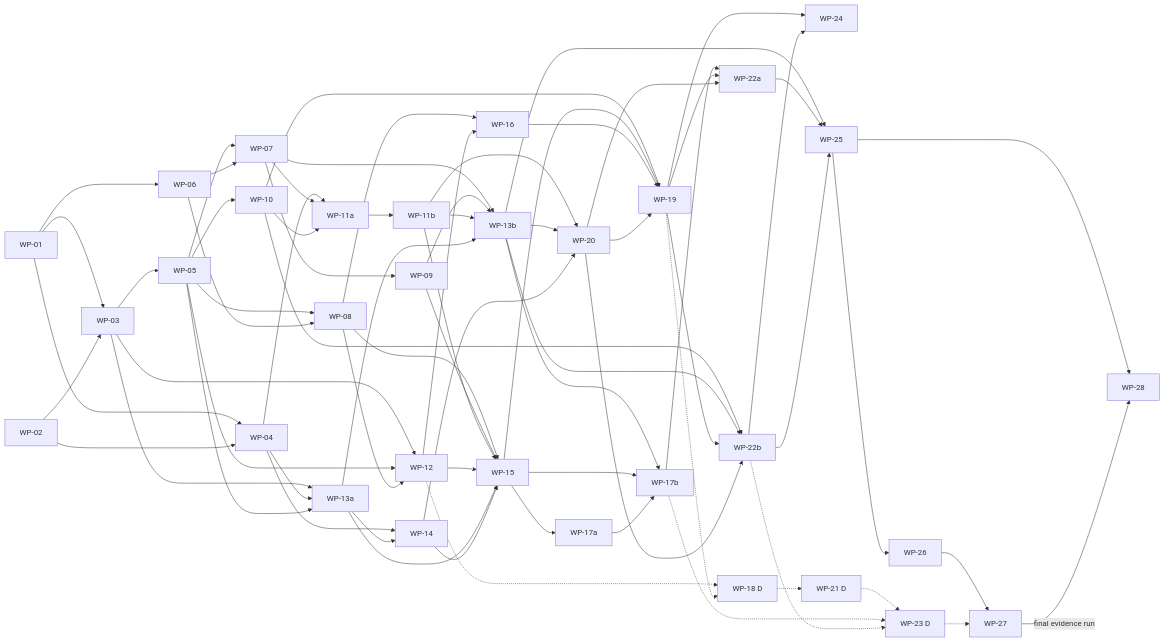
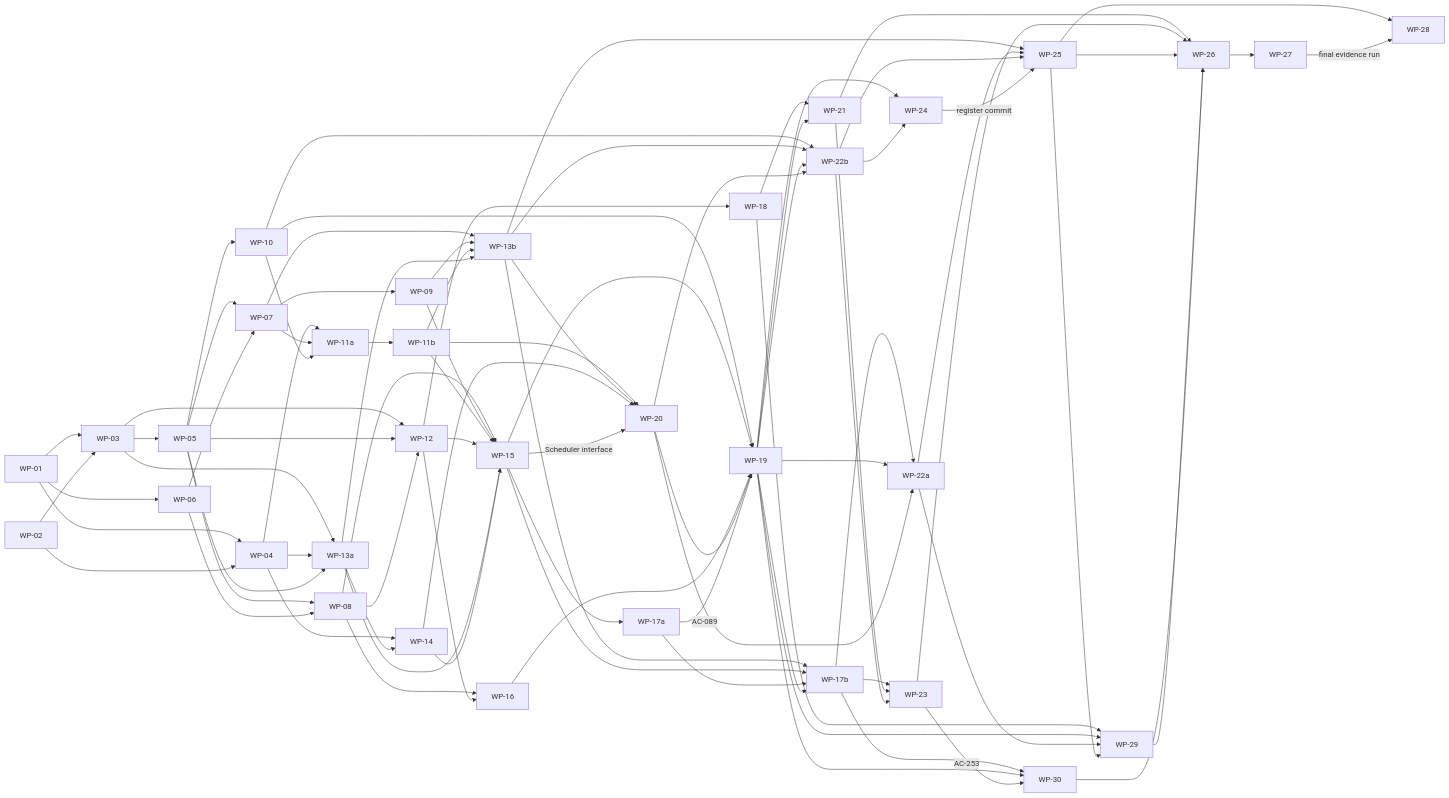
Before and after one commit to madmax983/ghidorah: the eighth of 8 diagrams in docs/design.md, drawn with Mermaid. The commit also changed other lines of this file and 13 other files, not shown here.

````diff
--- a/docs/design.md
+++ b/docs/design.md
@@ -2543,9 +2753,12 @@
   W05 --> W12
   W08 --> W12
   W11a --> W11b[WP-11b]
+  W12 --> W18[WP-18]
   W03 --> W13a[WP-13a]
   W04 --> W13a
   W05 --> W13a
+  W08 --> W16[WP-16]
+  W12 --> W16
   W07 --> W13b[WP-13b]
   W09 --> W13b
   W11b --> W13b
@@ -2558,19 +2771,22 @@
   W12 --> W15
   W13a --> W15
   W14 --> W15
-  W08 --> W16[WP-16]
-  W12 --> W16
-  W15 --> W17a[WP-17a]
   W11b --> W20[WP-20]
   W13b --> W20
   W14 --> W20
-  W13b --> W17b[WP-17b]
-  W15 --> W17b
-  W17a --> W17b
+  W15 -->|Scheduler interface| W20
+  W15 --> W17a[WP-17a]
   W10 --> W19[WP-19]
   W15 --> W19
   W16 --> W19
   W20 --> W19
+  W17a -->|AC-089| W19
+  W13b --> W17b[WP-17b]
+  W15 --> W17b
+  W17a --> W17b
+  W19 --> W17b
+  W18 --> W21[WP-21]
+  W19 --> W21
   W17b --> W22a[WP-22a]
   W19 --> W22a
   W20 --> W22a
@@ -2583,15 +2799,23 @@
   W13b --> W25[WP-25]
   W22a --> W25
   W22b --> W25
-  W25 --> W26[WP-26]
+  W24 -->|register commit| W25
+  W17b --> W23[WP-23]
+  W21 --> W23
+  W22b --> W23
+  W17b --> W30[WP-30]
+  W19 --> W30
+  W23 -->|AC-253| W30
+  W18 --> W29[WP-29]
+  W19 --> W29
+  W22a --> W29
+  W25 --> W29
+  W21 --> W26[WP-26]
+  W23 --> W26
+  W25 --> W26
+  W29 --> W26
+  W30 --> W26
   W25 --> W28[WP-28]
   W26 --> W27[WP-27]
   W27 -->|final evidence run| W28
-  W12 -.-> W18[WP-18 D]
-  W19 -.-> W18
-  W18 -.-> W21[WP-21 D]
-  W21 -.-> W23[WP-23 D]
-  W17b -.-> W23
-  W22b -.-> W23
-  W23 -.-> W27
 ```
````
